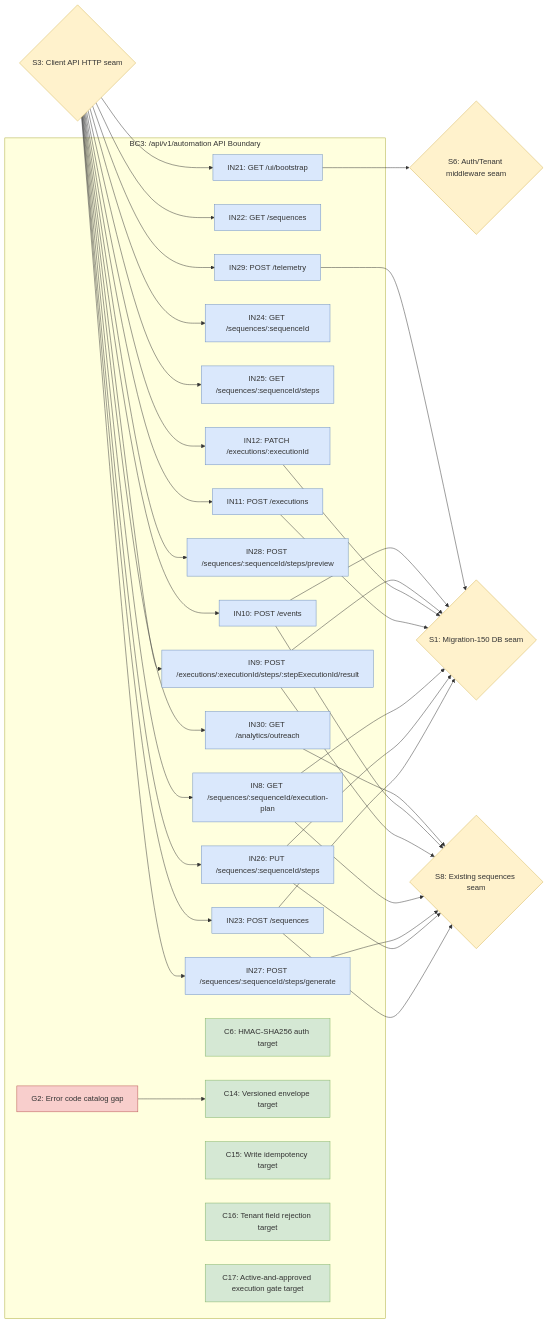
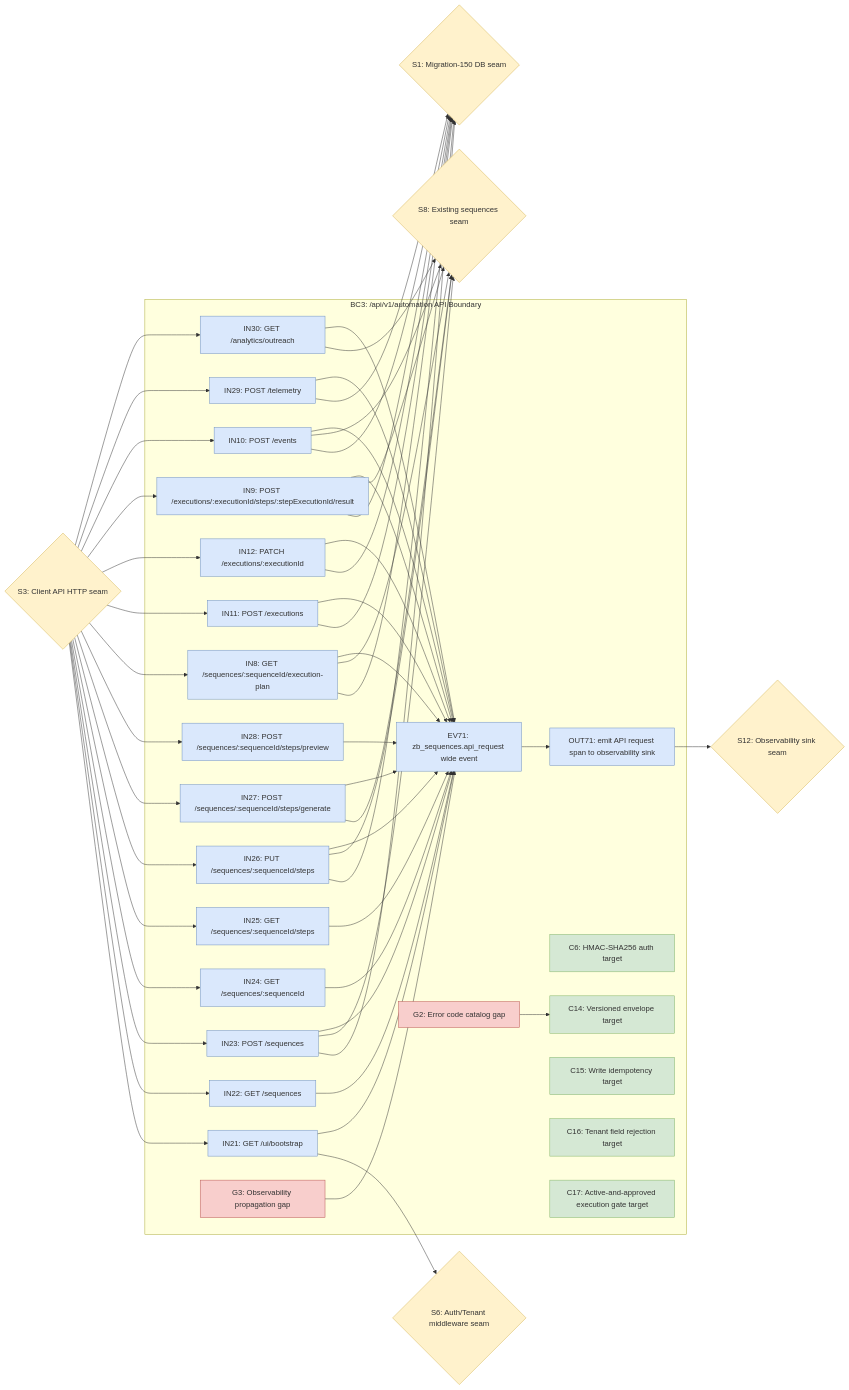
The second of 6 diagrams in thoughts/searchable/shared/plans/2026-07-10-zb-sequences-v1-bridge-spec.md (tha-hammer/zigBrowser), drawn with Mermaid before and after one commit. The commit also changed other lines of this file, not shown here.

Commit message:
Add observability to bridge spec

````diff
--- a/thoughts/searchable/shared/plans/2026-07-10-zb-sequences-v1-bridge-spec.md
+++ b/thoughts/searchable/shared/plans/2026-07-10-zb-sequences-v1-bridge-spec.md
@@ -1595,18 +1719,22 @@
         IN10["IN10: POST /events"]:::iface
         IN29["IN29: POST /telemetry"]:::iface
         IN30["IN30: GET /analytics/outreach"]:::iface
+        OUT71["OUT71: emit API request span to observability sink"]:::iface
+        EV71["EV71: zb_sequences.api_request wide event"]:::iface
         C6["C6: HMAC-SHA256 auth target"]:::contract
         C14["C14: Versioned envelope target"]:::contract
         C15["C15: Write idempotency target"]:::contract
         C16["C16: Tenant field rejection target"]:::contract
         C17["C17: Active-and-approved execution gate target"]:::contract
         G2["G2: Error code catalog gap"]:::gap
+        G3["G3: Observability propagation gap"]:::gap
     end
 
     S3{"S3: Client API HTTP seam"}:::seam
     S6{"S6: Auth/Tenant middleware seam"}:::seam
     S1{"S1: Migration-150 DB seam"}:::seam
     S8{"S8: Existing sequences seam"}:::seam
+    S12{"S12: Observability sink seam"}:::seam
 
     S3 --> IN21
     S3 --> IN22
@@ -1639,5 +1767,23 @@
     IN10 --> S8
     IN29 --> S1
     IN30 --> S8
+    IN21 --> EV71
+    IN22 --> EV71
+    IN23 --> EV71
+    IN24 --> EV71
+    IN25 --> EV71
+    IN26 --> EV71
+    IN27 --> EV71
+    IN28 --> EV71
+    IN8 --> EV71
+    IN11 --> EV71
+    IN12 --> EV71
+    IN9 --> EV71
+    IN10 --> EV71
+    IN29 --> EV71
+    IN30 --> EV71
+    EV71 --> OUT71
+    OUT71 --> S12
     G2 --> C14
+    G3 --> EV71
 ```
````
